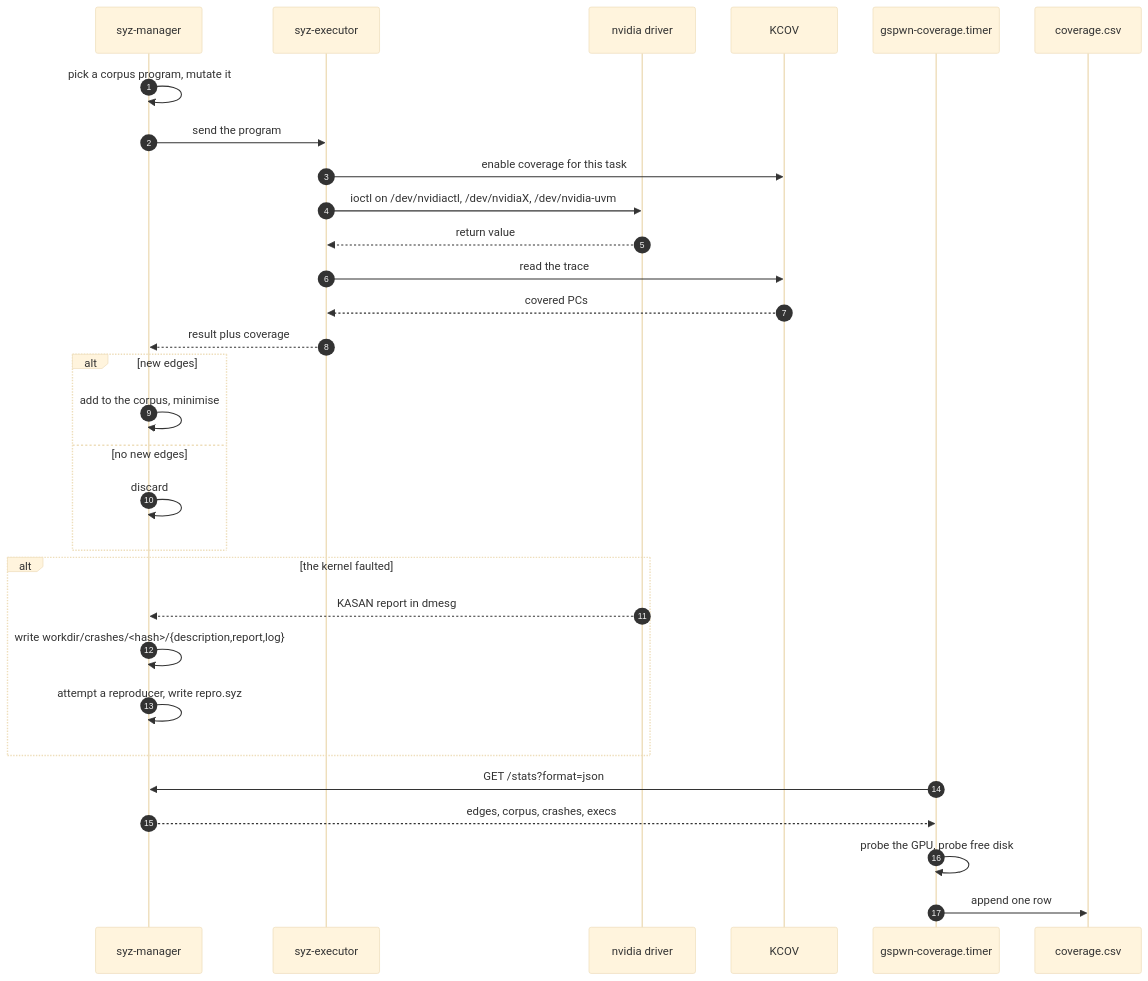
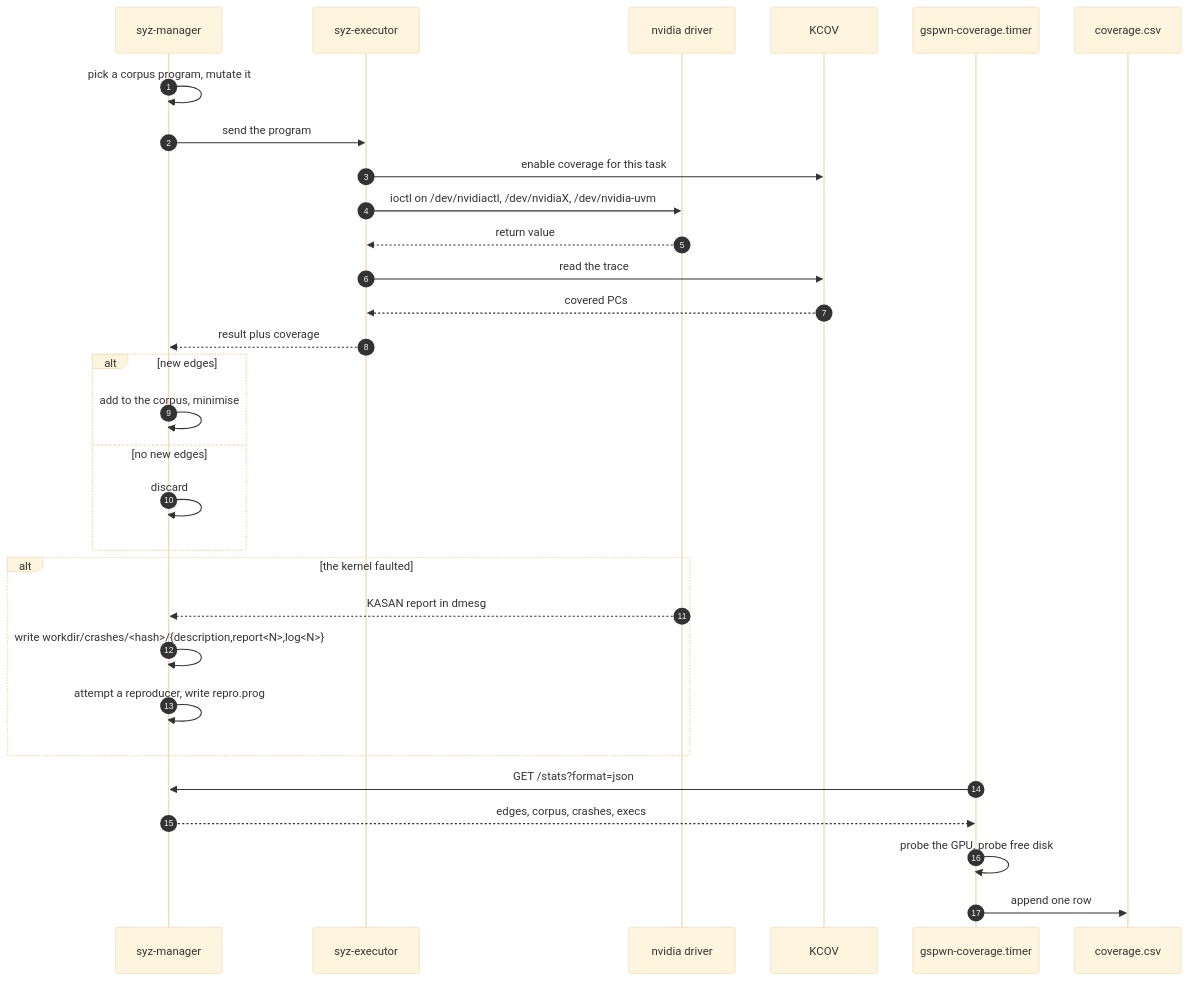
One commit to Indspl0it/gspwn changed the second of 2 diagrams in docs/src/content/docs/architecture/execution-model.md. Above: the diagram before and after it, drawn with Mermaid (base theme). The commit also changed other lines of this file and 247 other files, not shown here.

````diff
--- a/docs/src/content/docs/architecture/execution-model.md
+++ b/docs/src/content/docs/architecture/execution-model.md
@@ -106,33 +106,33 @@
 ```mermaid
 sequenceDiagram
   autonumber
   participant M as syz-manager
   participant E as syz-executor
   participant D as nvidia driver
   participant KC as KCOV
   participant S as gspwn-coverage.timer
   participant C as coverage.csv
 
   M->>M: pick a corpus program, mutate it
   M->>E: send the program
   E->>KC: enable coverage for this task
   E->>D: ioctl on /dev/nvidiactl, /dev/nvidiaX, /dev/nvidia-uvm
   D-->>E: return value
   E->>KC: read the trace
   KC-->>E: covered PCs
   E-->>M: result plus coverage
   alt new edges
     M->>M: add to the corpus, minimise
   else no new edges
     M->>M: discard
   end
   alt the kernel faulted
     D-->>M: KASAN report in dmesg
-    M->>M: write workdir/crashes/<hash>/{description,report,log}
-    M->>M: attempt a reproducer, write repro.syz
+    M->>M: write workdir/crashes/<hash>/{description,report<N>,log<N>}
+    M->>M: attempt a reproducer, write repro.prog
   end
   S->>M: GET /stats?format=json
   M-->>S: edges, corpus, crashes, execs
   S->>S: probe the GPU, probe free disk
   S->>C: append one row
 ```
````
